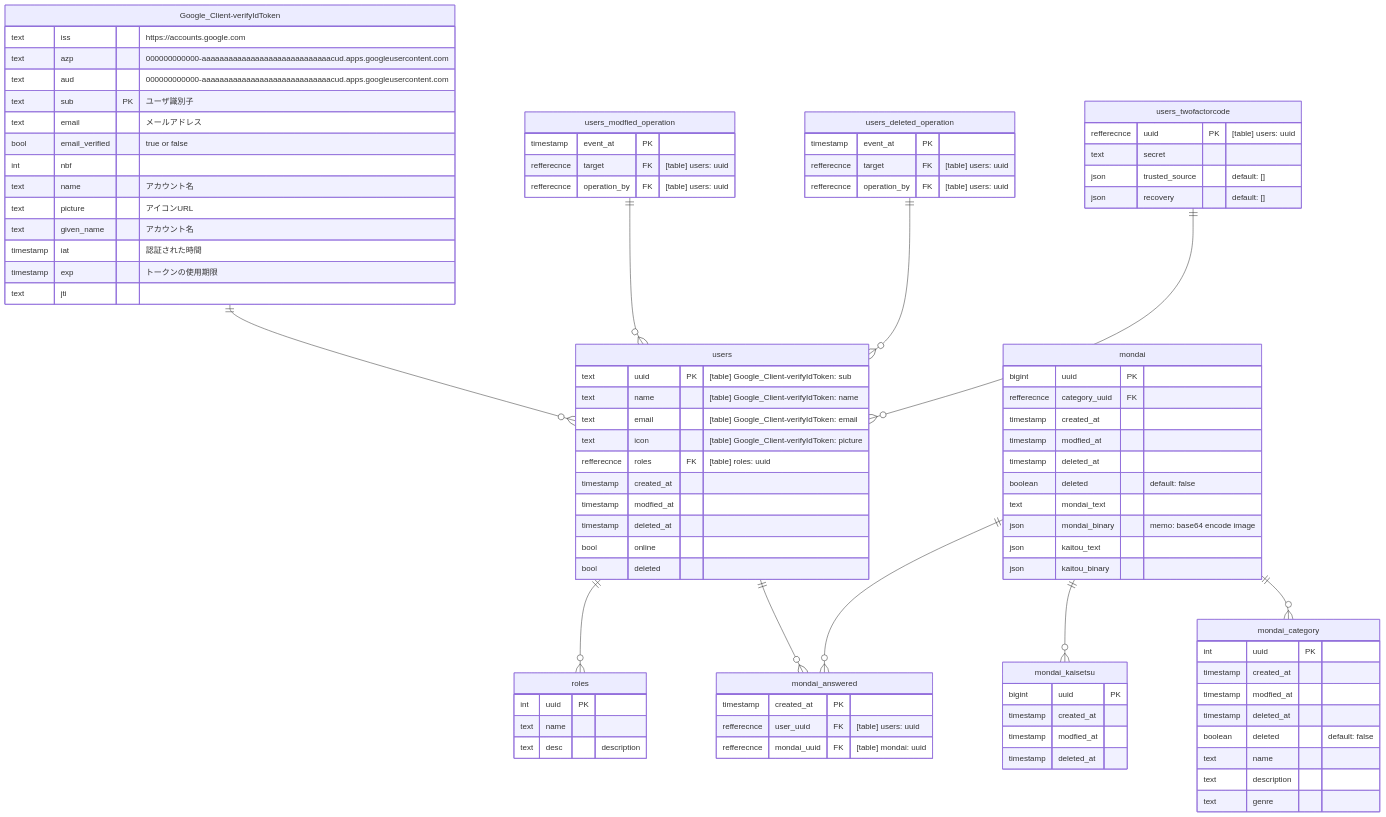
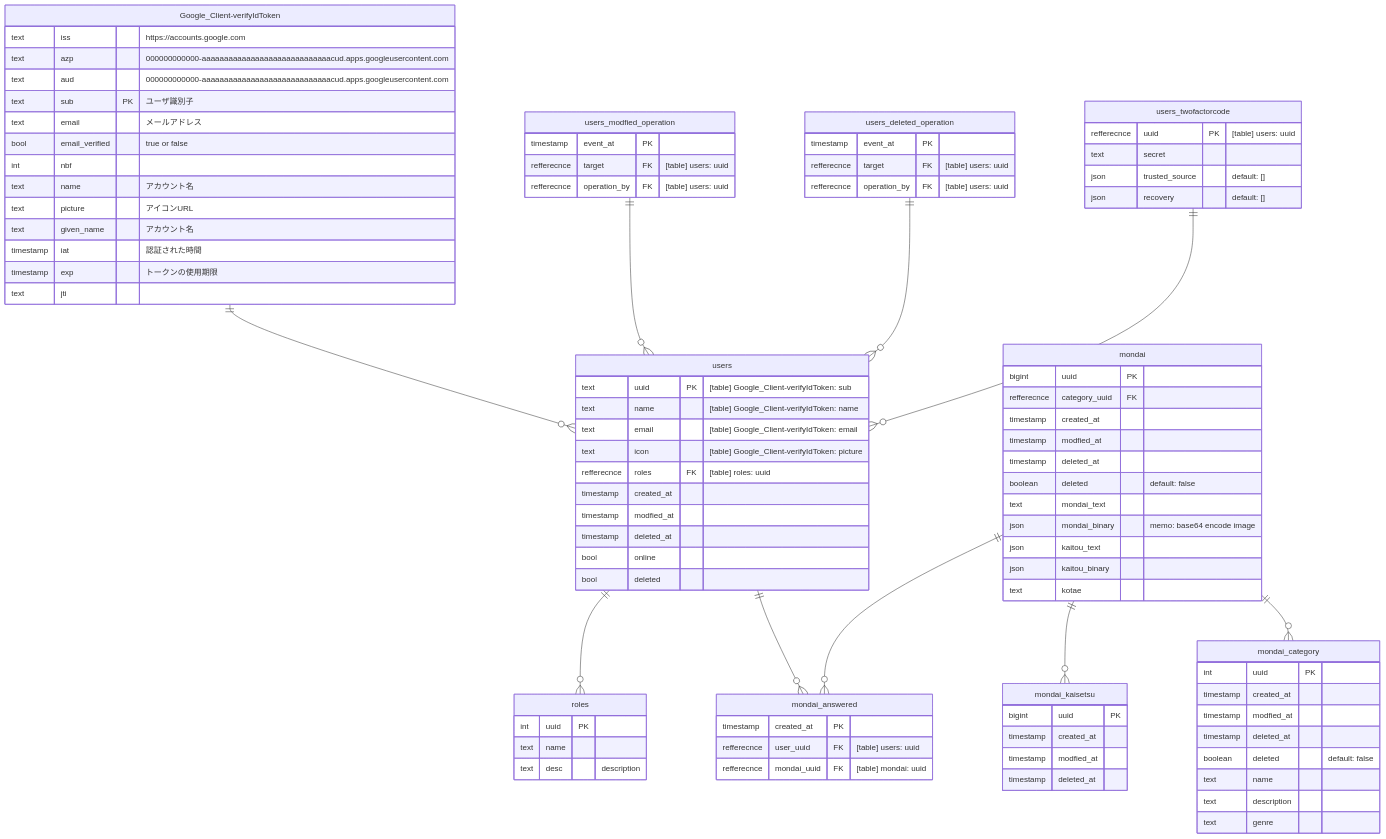
Before and after one commit to n138-kz/denkou-kakomon-dotcom: the diagram in README.md, drawn with Mermaid. The commit also changed 1 other file, not shown here.

```diff
--- a/README.md
+++ b/README.md
@@ -100,6 +100,7 @@
     json mondai_binary "memo: base64 encode image"
     json kaitou_text
     json kaitou_binary
+    text kotae
 }
 
 mondai_category {
```
